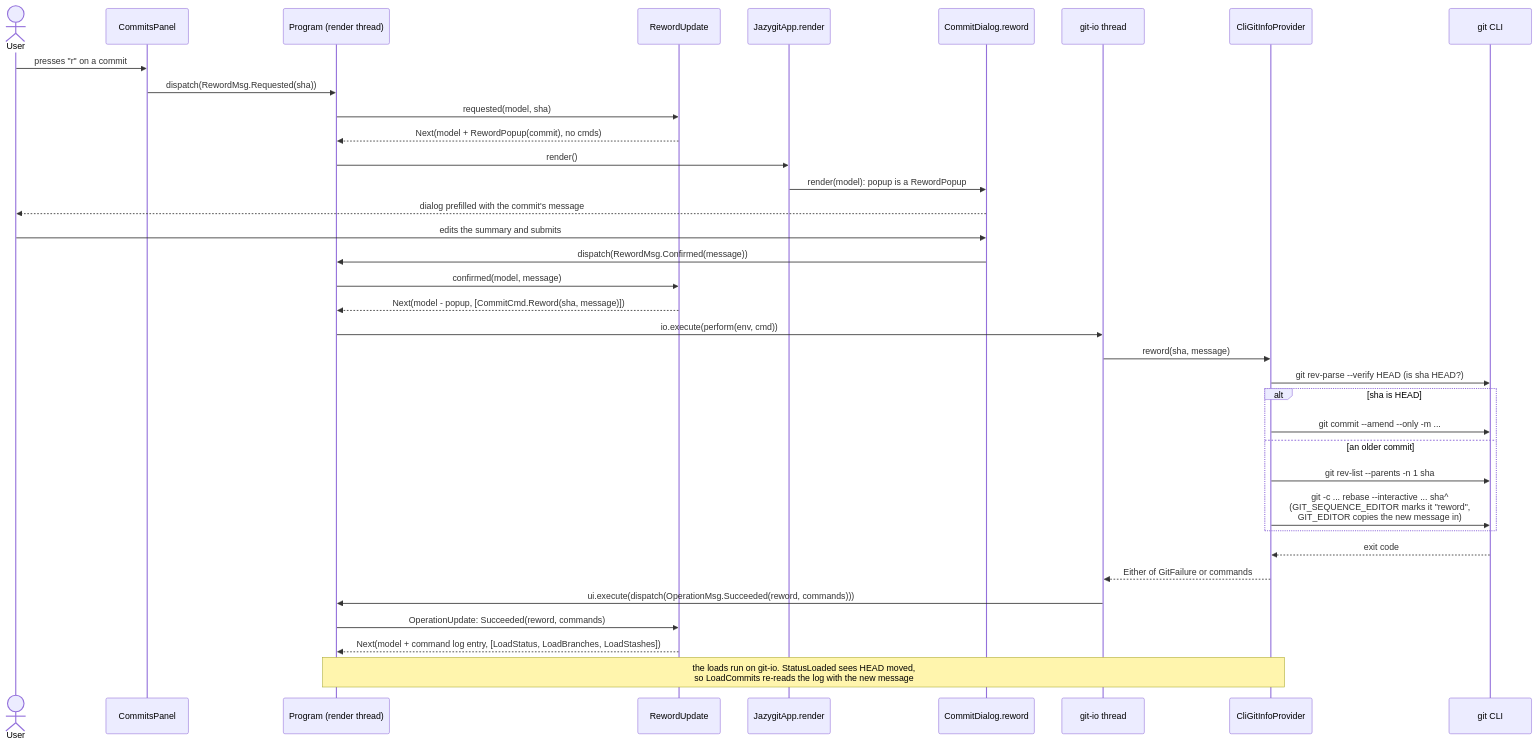
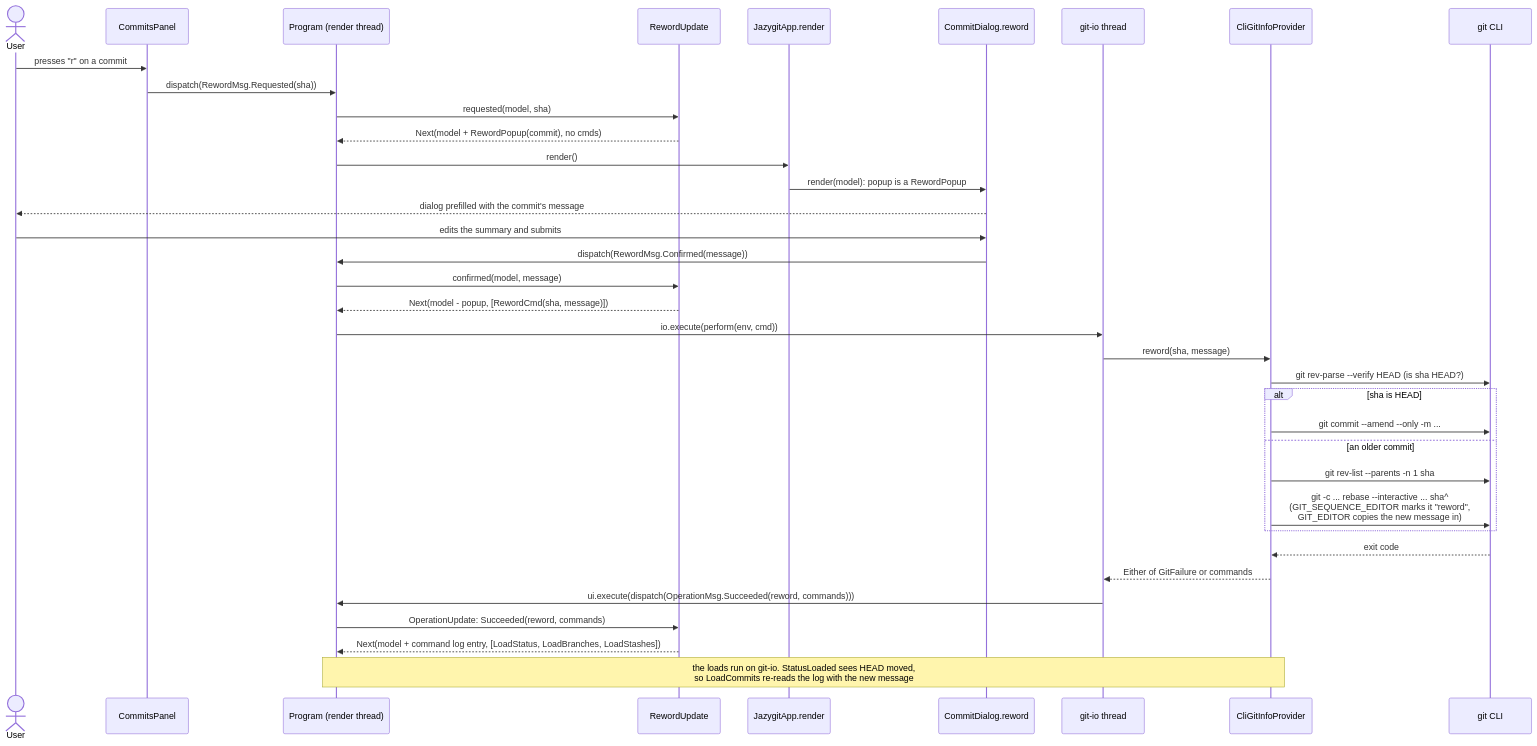
One commit to cvanfleteren/jazygit changed the sixth of 7 diagrams in ARCHITECTURE.md. Above: the diagram before and after it, drawn with Mermaid. The commit also changed other lines of this file and 60 other files, not shown here.

````diff
--- a/ARCHITECTURE.md
+++ b/ARCHITECTURE.md
@@ -666,42 +669,42 @@
 ```mermaid
 sequenceDiagram
     actor User
     participant Panel as CommitsPanel
     participant Program as Program (render thread)
     participant Update as RewordUpdate
     participant App as JazygitApp.render
     participant Dialog as CommitDialog.reword
     participant IO as git-io thread
     participant Provider as CliGitInfoProvider
     participant Git as git CLI
 
     User->>Panel: presses "r" on a commit
     Panel->>Program: dispatch(RewordMsg.Requested(sha))
     Program->>Update: requested(model, sha)
     Update-->>Program: Next(model + RewordPopup(commit), no cmds)
     Program->>App: render()
     App->>Dialog: render(model): popup is a RewordPopup
     Dialog-->>User: dialog prefilled with the commit's message
 
     User->>Dialog: edits the summary and submits
     Dialog->>Program: dispatch(RewordMsg.Confirmed(message))
     Program->>Update: confirmed(model, message)
-    Update-->>Program: Next(model - popup, [CommitCmd.Reword(sha, message)])
+    Update-->>Program: Next(model - popup, [RewordCmd(sha, message)])
     Program->>IO: io.execute(perform(env, cmd))
 
     IO->>Provider: reword(sha, message)
     Provider->>Git: git rev-parse --verify HEAD (is sha HEAD?)
     alt sha is HEAD
         Provider->>Git: git commit --amend --only -m ...
     else an older commit
         Provider->>Git: git rev-list --parents -n 1 sha
         Provider->>Git: git -c ... rebase --interactive ... sha^<br/>(GIT_SEQUENCE_EDITOR marks it "reword",<br/>GIT_EDITOR copies the new message in)
     end
     Git-->>Provider: exit code
     Provider-->>IO: Either of GitFailure or commands
     IO->>Program: ui.execute(dispatch(OperationMsg.Succeeded(reword, commands)))
 
     Program->>Update: OperationUpdate: Succeeded(reword, commands)
     Update-->>Program: Next(model + command log entry, [LoadStatus, LoadBranches, LoadStashes])
     Note over Program,Provider: the loads run on git-io. StatusLoaded sees HEAD moved,<br/>so LoadCommits re-reads the log with the new message
 ```
````
